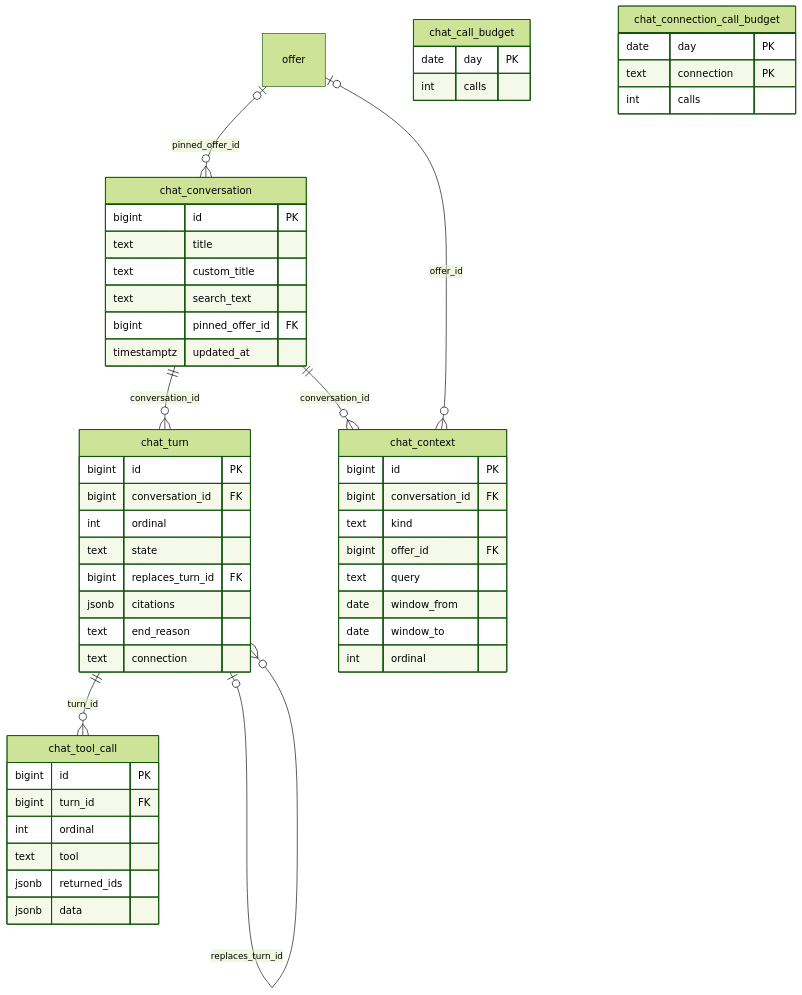
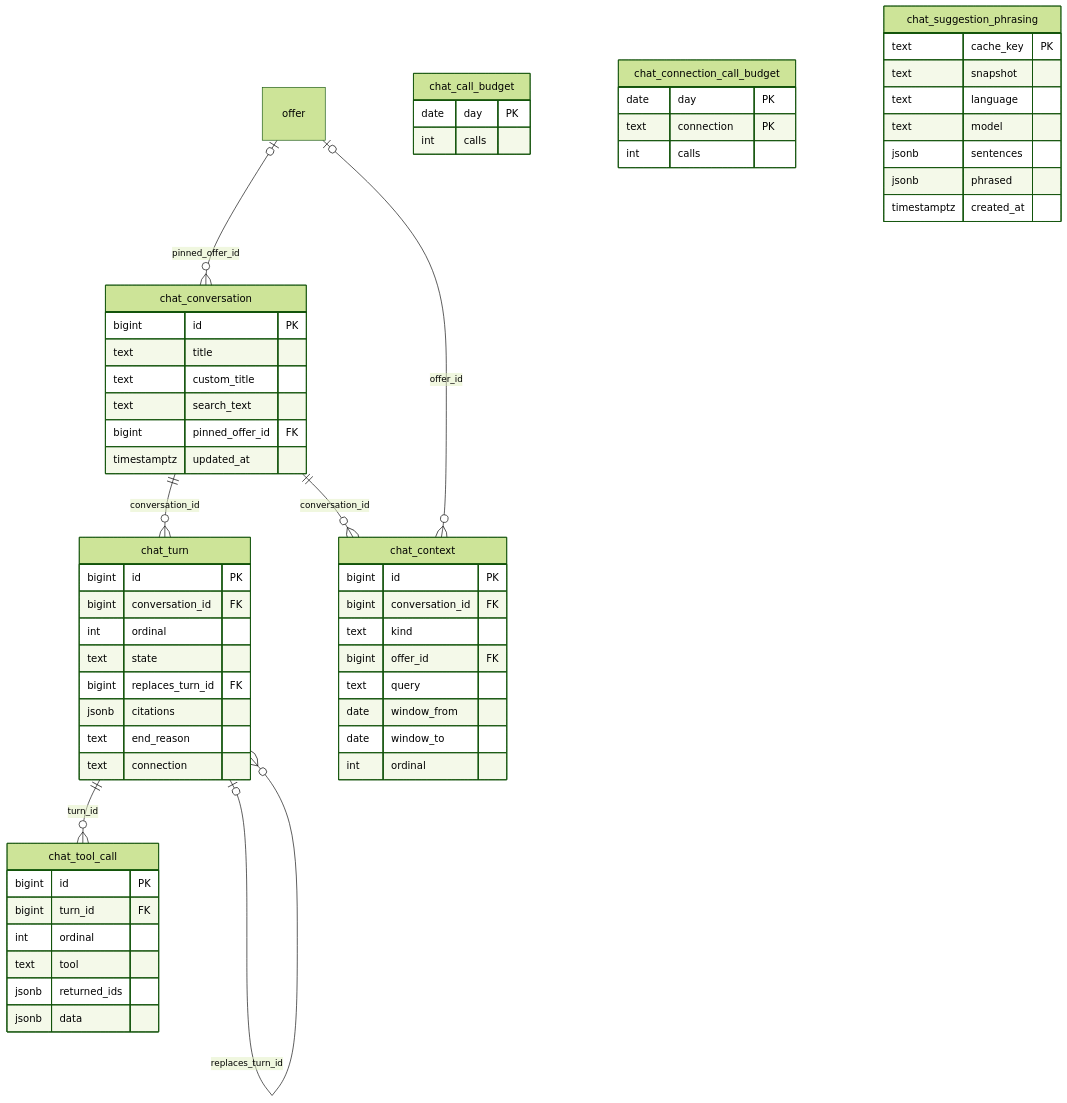
One commit to codeministry/leadgen changed the second of 2 diagrams in docs/DATA-MODEL.md. Above: the diagram before and after it, drawn with Mermaid (forest theme). The commit also changed other lines of this file and 22 other files, not shown here.

````diff
--- a/docs/DATA-MODEL.md
+++ b/docs/DATA-MODEL.md
@@ -393,54 +393,63 @@
 ```mermaid
 erDiagram
     chat_conversation ||--o{ chat_turn : "conversation_id"
     chat_turn ||--o{ chat_tool_call : "turn_id"
     chat_turn o|--o{ chat_turn : "replaces_turn_id"
     chat_conversation ||--o{ chat_context : "conversation_id"
     offer |o--o{ chat_conversation : "pinned_offer_id"
     offer |o--o{ chat_context : "offer_id"
     chat_conversation {
         bigint id PK
         text title
         text custom_title
         text search_text
         bigint pinned_offer_id FK
         timestamptz updated_at
     }
     chat_context {
         bigint id PK
         bigint conversation_id FK
         text kind
         bigint offer_id FK
         text query
         date window_from
         date window_to
         int ordinal
     }
     chat_turn {
         bigint id PK
         bigint conversation_id FK
         int ordinal
         text state
         bigint replaces_turn_id FK
         jsonb citations
         text end_reason
         text connection
     }
     chat_tool_call {
         bigint id PK
         bigint turn_id FK
         int ordinal
         text tool
         jsonb returned_ids
         jsonb data
     }
     chat_call_budget {
         date day PK
         int calls
     }
     chat_connection_call_budget {
         date day PK
         text connection PK
         int calls
     }
+    chat_suggestion_phrasing {
+        text cache_key PK
+        text snapshot
+        text language
+        text model
+        jsonb sentences
+        jsonb phrased
+        timestamptz created_at
+    }
 ```
````
